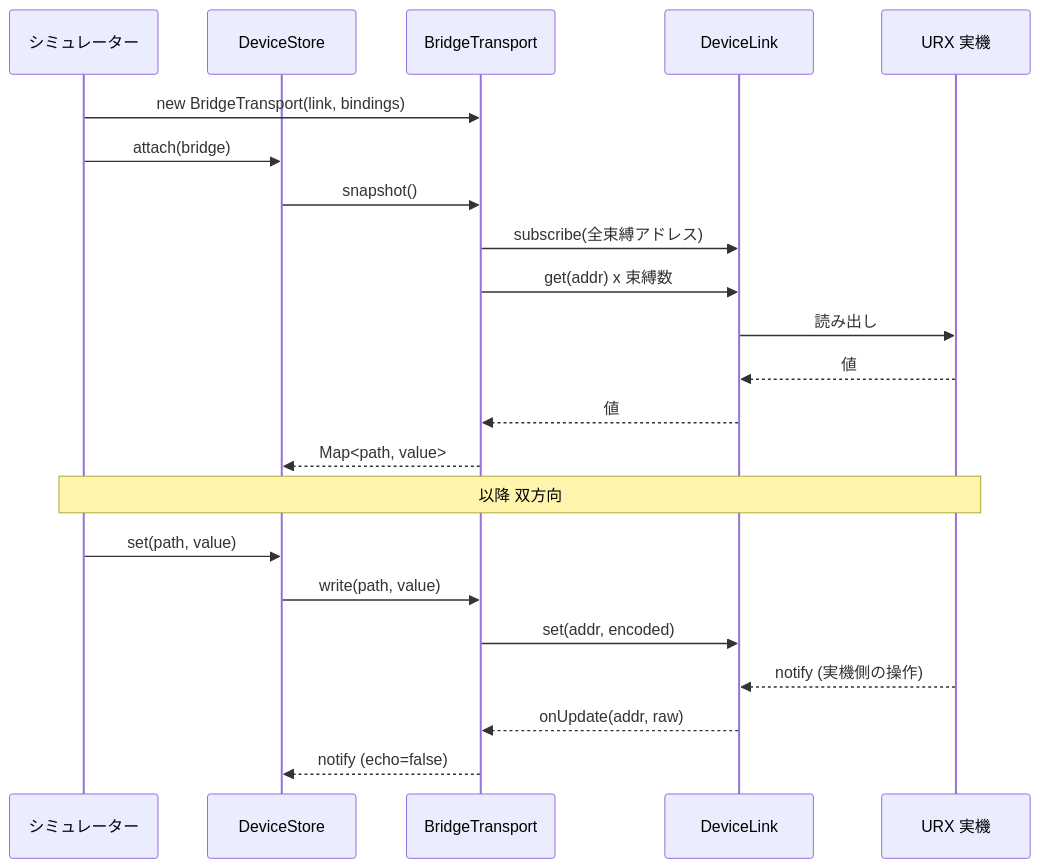
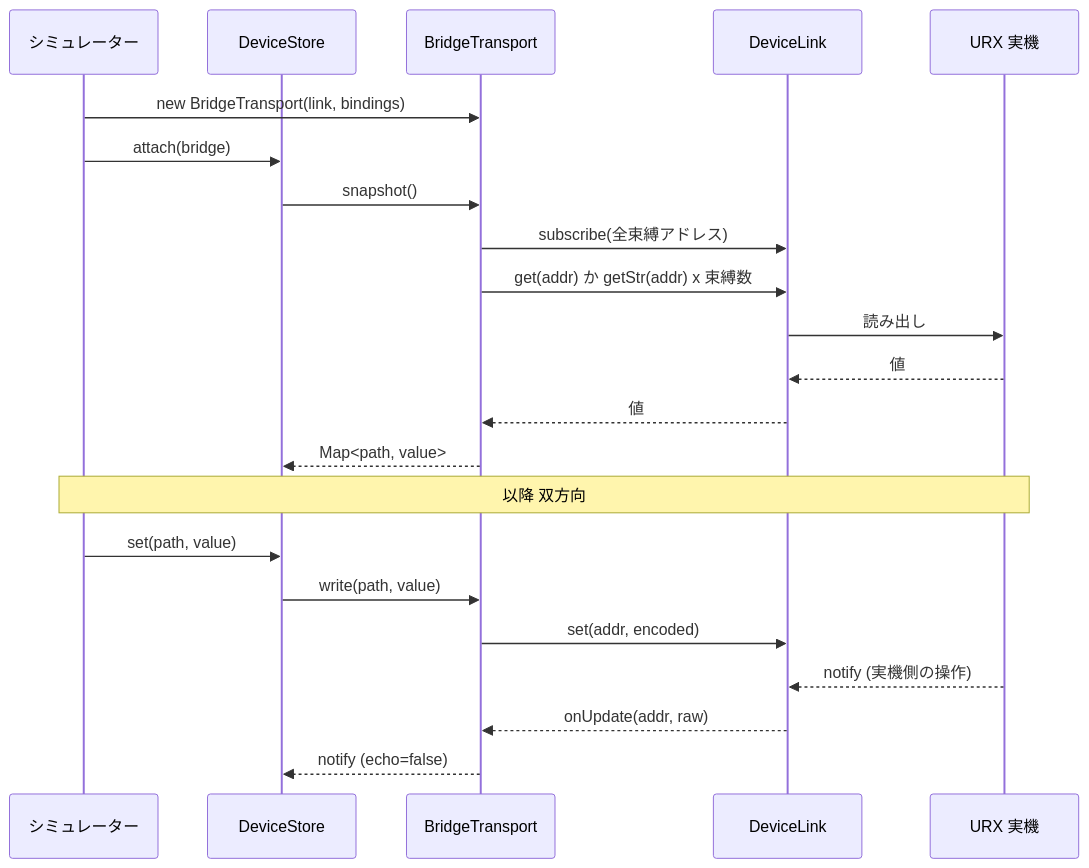
The diagram in docs/ja/device-integration.md (semnil/urx-lcd-sim), drawn with Mermaid before and after one commit. The commit also changed other lines of this file and 1 other file, not shown here.

First line of the commit message:
Say that the device link carries string values through getStr / setStr

````diff
--- a/docs/ja/device-integration.md
+++ b/docs/ja/device-integration.md
@@ -60,25 +61,25 @@
 ```mermaid
 sequenceDiagram
   participant App as シミュレーター
   participant Store as DeviceStore
   participant Bridge as BridgeTransport
   participant DevLink as DeviceLink
   participant Unit as URX 実機
 
   App->>Bridge: new BridgeTransport(link, bindings)
   App->>Store: attach(bridge)
   Store->>Bridge: snapshot()
   Bridge->>DevLink: subscribe(全束縛アドレス)
-  Bridge->>DevLink: get(addr) x 束縛数
+  Bridge->>DevLink: get(addr) か getStr(addr) x 束縛数
   DevLink->>Unit: 読み出し
   Unit-->>DevLink: 値
   DevLink-->>Bridge: 値
   Bridge-->>Store: Map<path, value>
   Note over App,Unit: 以降 双方向
   App->>Store: set(path, value)
   Store->>Bridge: write(path, value)
   Bridge->>DevLink: set(addr, encoded)
   Unit-->>DevLink: notify (実機側の操作)
   DevLink-->>Bridge: onUpdate(addr, raw)
   Bridge-->>Store: notify (echo=false)
 ```
````
